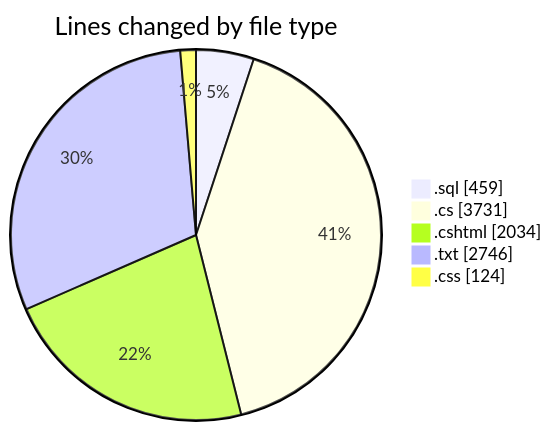
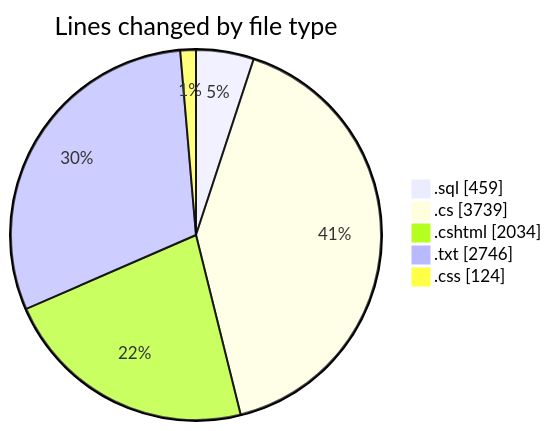
Before and after one commit to lephambinh05/code-tracking: the first of 2 diagrams in 2025-07-23/quanlyrapchieuphim/README.md, drawn with Mermaid. The commit also changed other lines of this file and 1 other file, not shown here.

````diff
--- a/2025-07-23/quanlyrapchieuphim/README.md
+++ b/2025-07-23/quanlyrapchieuphim/README.md
@@ -34,9 +34,9 @@
 ```mermaid
 pie showData
 title Lines changed by file type
 ".sql" : 459
-".cs" : 3731
+".cs" : 3739
 ".cshtml" : 2034
 ".txt" : 2746
 ".css" : 124
 ```
````
